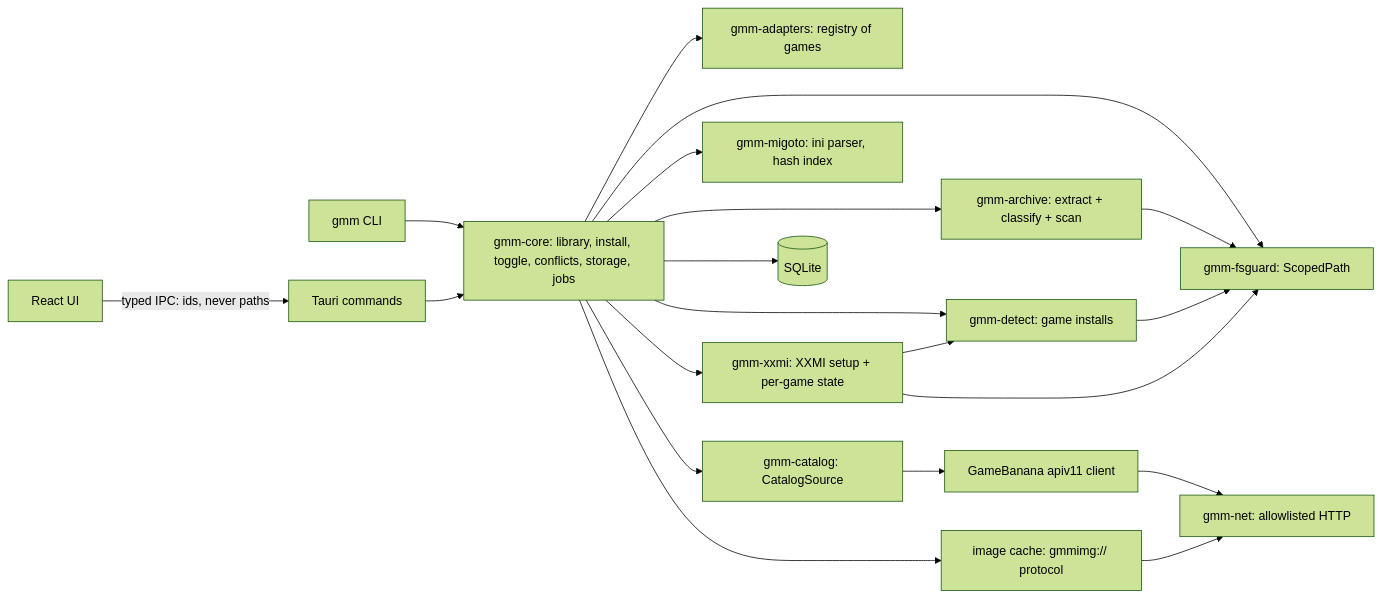
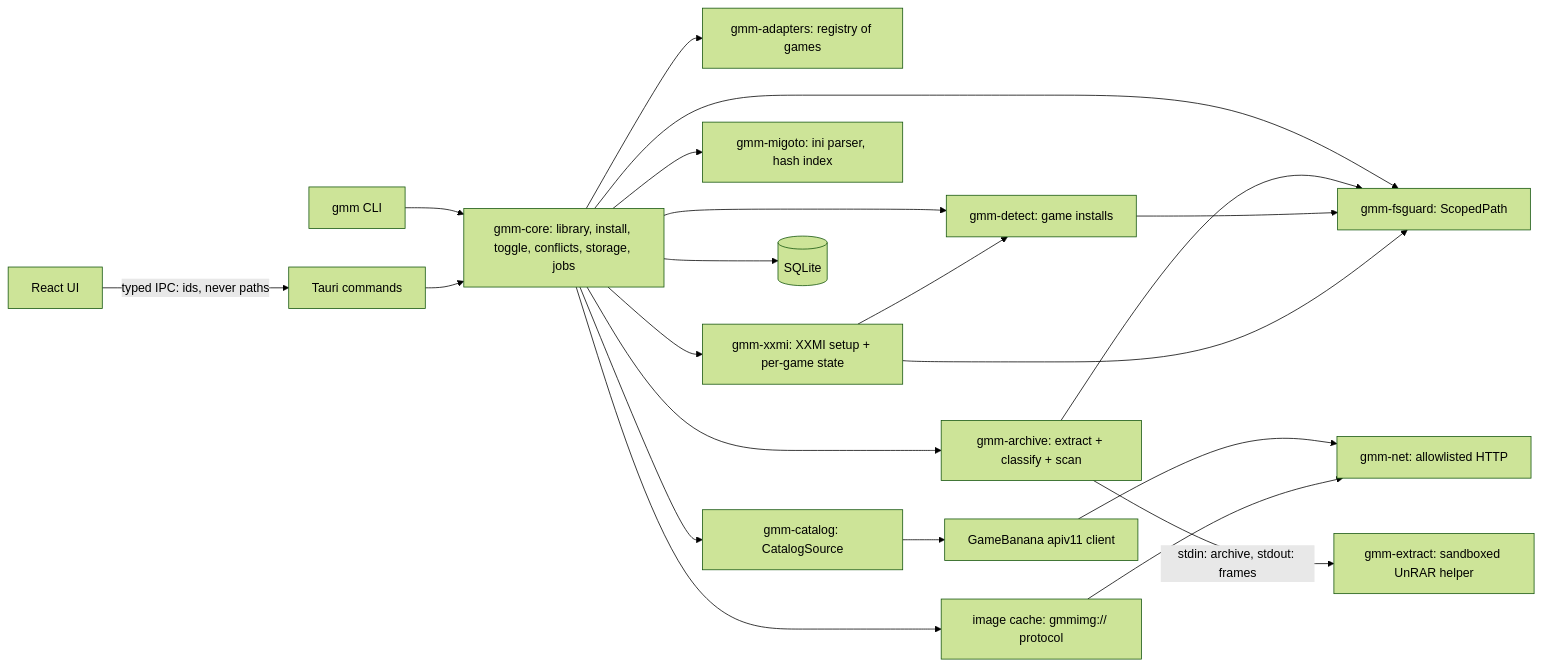
The diagram in docs/02-architecture.md (clorece/gacha-mod-manager), drawn with Mermaid (forest theme) before and after one commit. The commit also changed other lines of this file and 237 other files, not shown here.

````diff
--- a/docs/02-architecture.md
+++ b/docs/02-architecture.md
@@ -32,18 +32,19 @@
 ```mermaid
 flowchart LR
   UI[React UI] -- typed IPC: ids, never paths --> CMD[Tauri commands]
   CLI[gmm CLI] --> CORE
   CMD --> CORE[gmm-core: library, install, toggle, conflicts, storage, jobs]
   CORE --> REG[gmm-adapters: registry of games]
   CORE --> DET[gmm-detect: game installs]
   CORE --> CAT[gmm-catalog: CatalogSource]
   CAT --> GB[GameBanana apiv11 client]
   CORE --> ARC[gmm-archive: extract + classify + scan]
+  ARC -- stdin: archive, stdout: frames --> HLP[gmm-extract: sandboxed UnRAR helper]
   CORE --> MIG[gmm-migoto: ini parser, hash index]
   CORE --> XX[gmm-xxmi: XXMI setup + per-game state]
   XX --> DET
   CORE --> IMG[image cache: gmmimg:// protocol]
   GB & IMG --> NET[gmm-net: allowlisted HTTP]
   CORE & ARC & DET & XX --> FS[gmm-fsguard: ScopedPath]
   CORE --> DB[(SQLite)]
 ```
````
